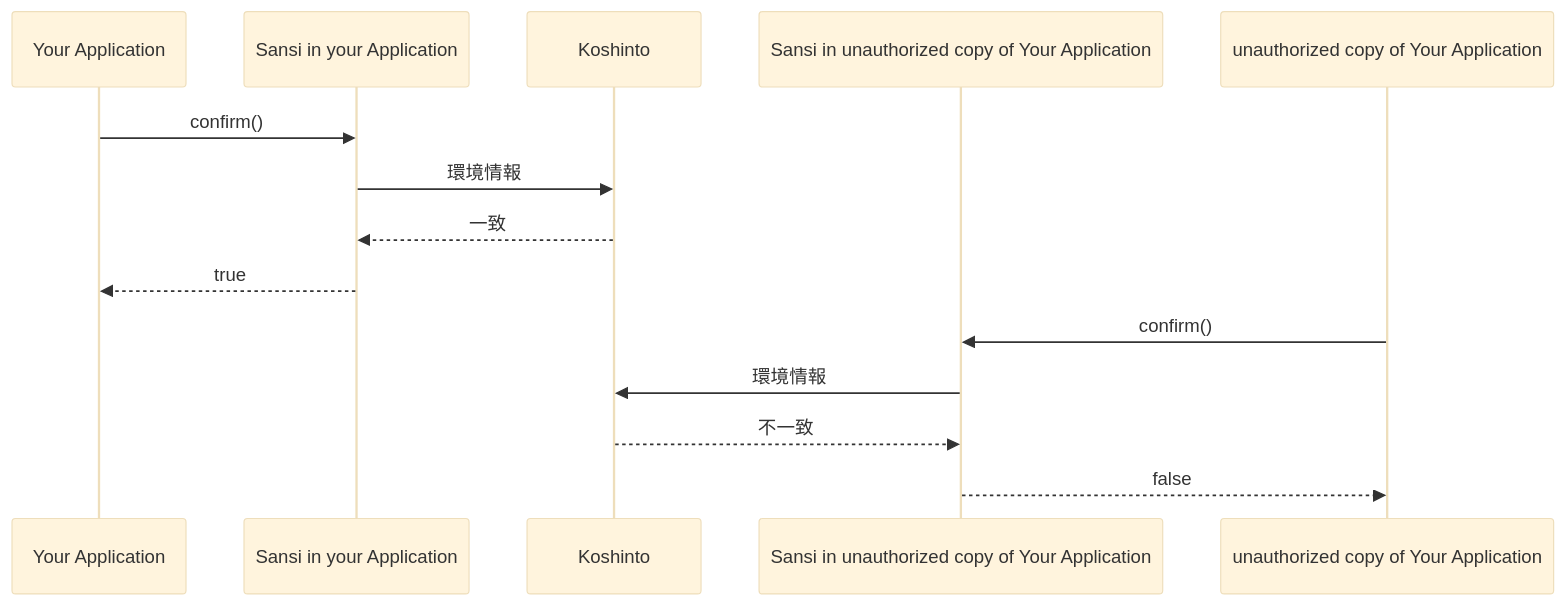
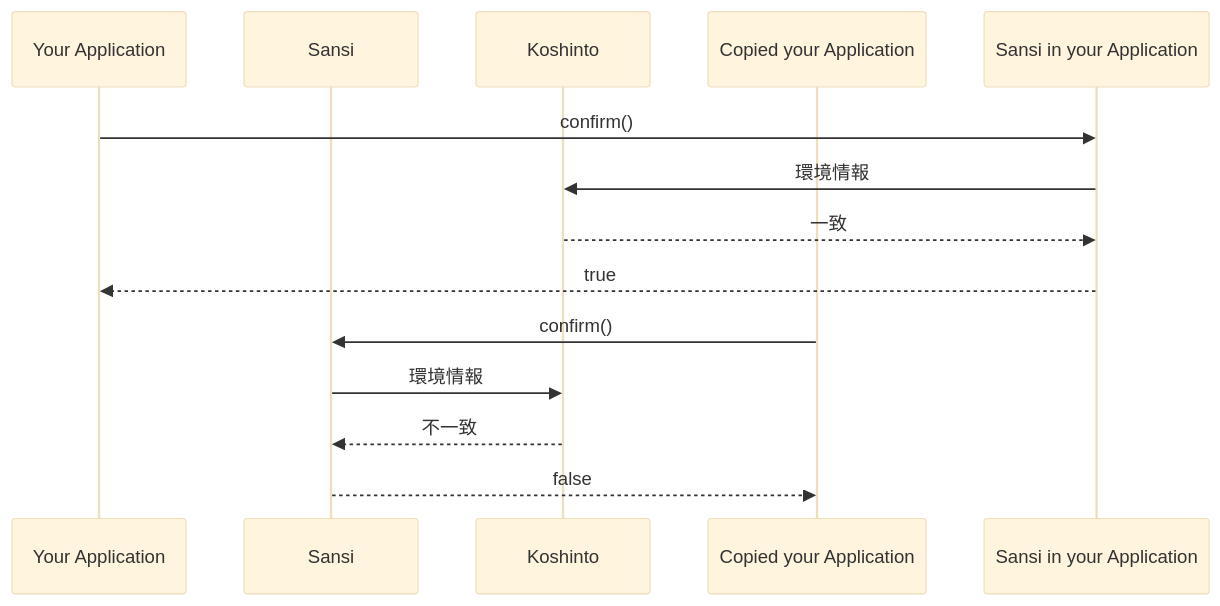
One commit to UedaTakeyuki/sansi_examples changed the diagram in README.md. Above: the diagram before and after it, drawn with Mermaid (base theme).

````diff
--- a/README.md
+++ b/README.md
@@ -10,18 +10,18 @@
 ```mermaid
 sequenceDiagram;
 participant Your Application
-participant Sansi in your Application
+participant Sansi
 participant Koshinto
-participant Sansi in unauthorized copy of Your Application
-participant unauthorized copy of Your Application
+participant Sansi
+participant Copied your Application
 
 Your Application->>Sansi in your Application: confirm()
 Sansi in your Application->>Koshinto: 環境情報
 Koshinto-->>Sansi in your Application: 一致
 Sansi in your Application-->>Your Application: true
 
-unauthorized copy of Your Application->>Sansi in unauthorized copy of Your Application: confirm()
-Sansi in unauthorized copy of Your Application->>Koshinto: 環境情報
-Koshinto-->>Sansi in unauthorized copy of Your Application: 不一致
-Sansi in unauthorized copy of Your Application-->>unauthorized copy of Your Application: false
+Copied your Application->>Sansi: confirm()
+Sansi->>Koshinto: 環境情報
+Koshinto-->>Sansi: 不一致
+Sansi-->>Copied your Application: false
 ```
````
